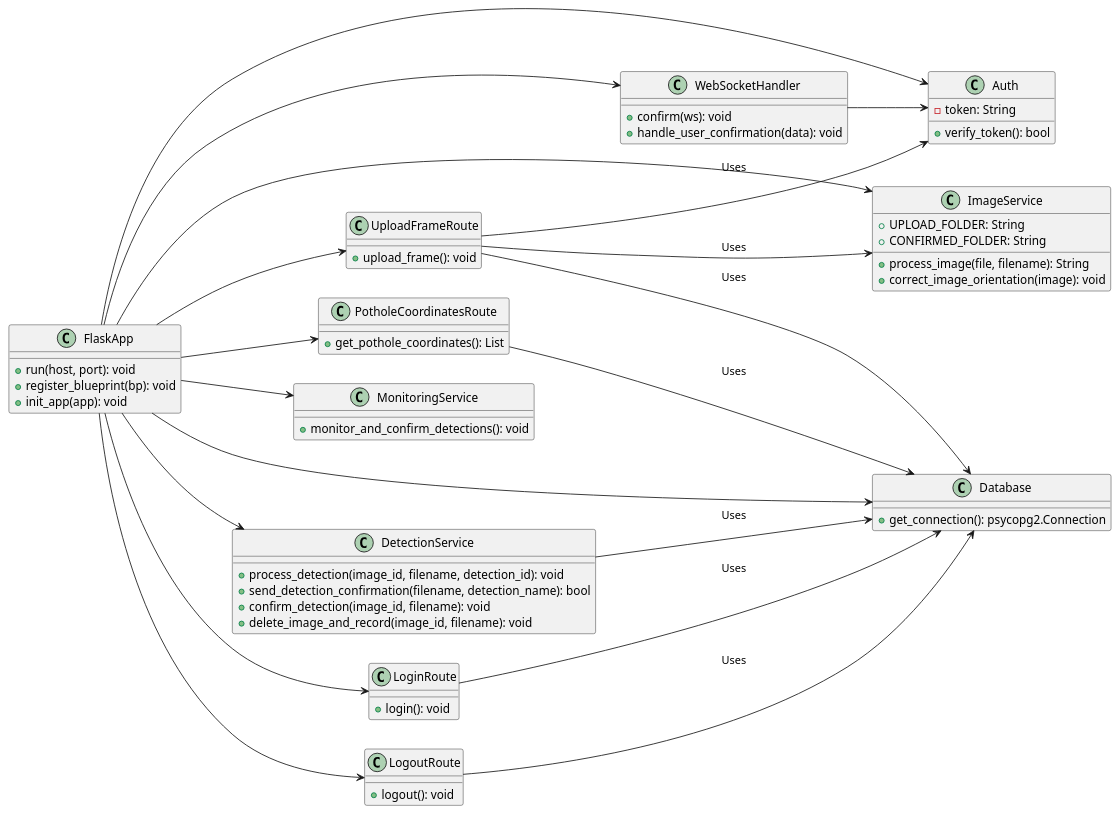
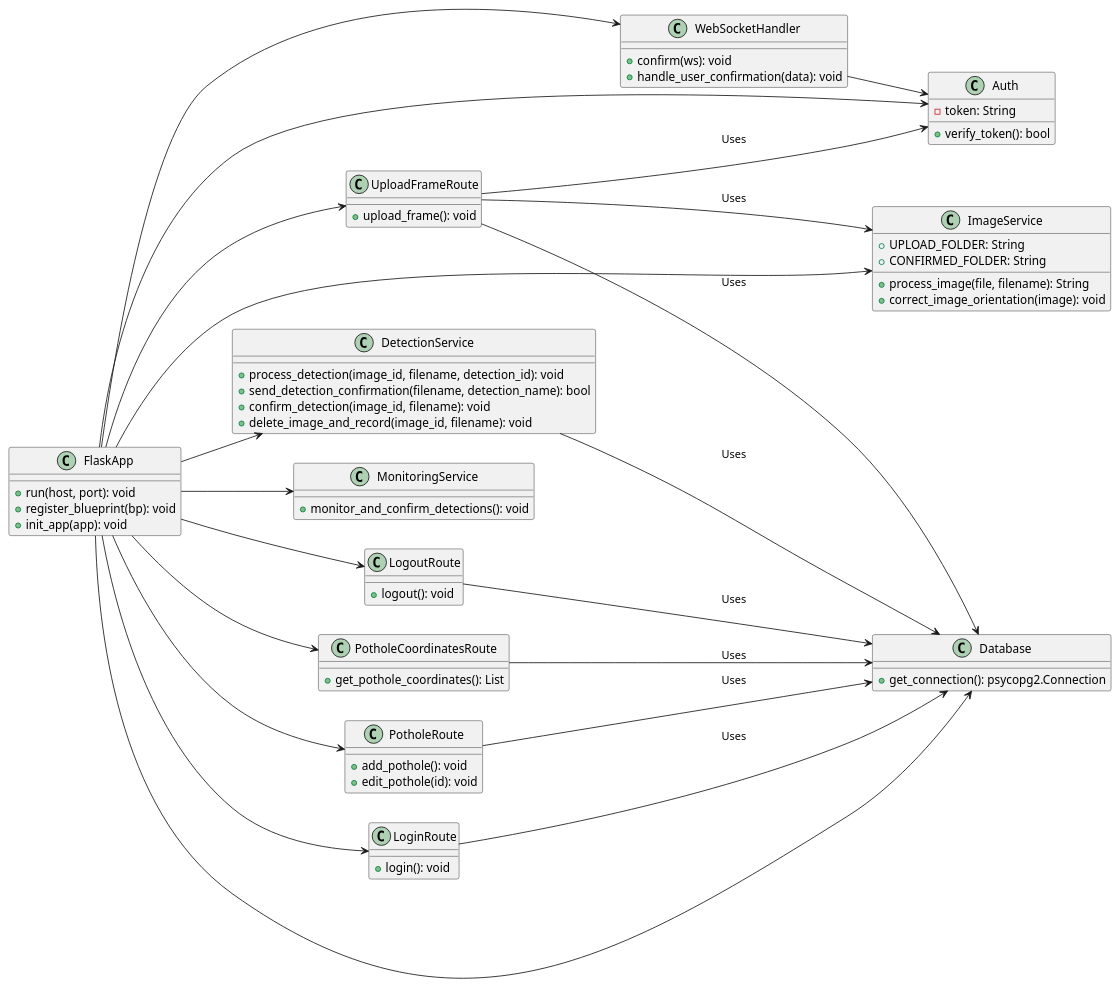
One commit to Swintleton/pothole_server changed the diagram in documentation/server_class_diagram.puml. Above: the diagram before and after it, drawn with PlantUML. The commit also changed 12 other files, not shown here.

Commit message:
pothole manual add/edit added, documentation added, improved database scheme

```diff
--- a/documentation/server_class_diagram.puml
+++ b/documentation/server_class_diagram.puml
@@ -1,80 +1,87 @@
 @startuml
 left to right direction
 
 class FlaskApp {
   + run(host, port): void
   + register_blueprint(bp): void
   + init_app(app): void
 }
 
 class Database {
   + get_connection(): psycopg2.Connection
 }
 
 class Auth {
   - token: String
   + verify_token(): bool
 }
 
 class DetectionService {
   + process_detection(image_id, filename, detection_id): void
   + send_detection_confirmation(filename, detection_name): bool
   + confirm_detection(image_id, filename): void
   + delete_image_and_record(image_id, filename): void
 }
 
 class ImageService {
   + process_image(file, filename): String
   + correct_image_orientation(image): void
   + UPLOAD_FOLDER: String
   + CONFIRMED_FOLDER: String
 }
 
 class WebSocketHandler {
   + confirm(ws): void
   + handle_user_confirmation(data): void
 }
 
 class MonitoringService {
   + monitor_and_confirm_detections(): void
 }
 
 class UploadFrameRoute {
   + upload_frame(): void
 }
 
 class LoginRoute {
   + login(): void
 }
 
 class LogoutRoute {
   + logout(): void
 }
 
 class PotholeCoordinatesRoute {
   + get_pothole_coordinates(): List
 }
 
+class PotholeRoute {
+  + add_pothole(): void
+  + edit_pothole(id): void
+}
+
 FlaskApp -down-> Database
 FlaskApp -down-> Auth
 FlaskApp -down-> DetectionService
 FlaskApp -down-> ImageService
 FlaskApp -down-> WebSocketHandler
 FlaskApp -down-> MonitoringService
 FlaskApp -down-> UploadFrameRoute
 FlaskApp -down-> LoginRoute
 FlaskApp -down-> LogoutRoute
 FlaskApp -down-> PotholeCoordinatesRoute
+FlaskApp -down-> PotholeRoute
 
 together {
     WebSocketHandler -right-> Auth : Uses
     DetectionService -down-> Database : Uses
     UploadFrameRoute -down-> Auth : Uses
     UploadFrameRoute -down-> ImageService : Uses
     UploadFrameRoute -down-> Database : Uses
     LoginRoute -down-> Database : Uses
     LogoutRoute -down-> Database : Uses
     PotholeCoordinatesRoute -down-> Database : Uses
+    PotholeRoute -down-> Database : Uses
 }
 
 @enduml
```
